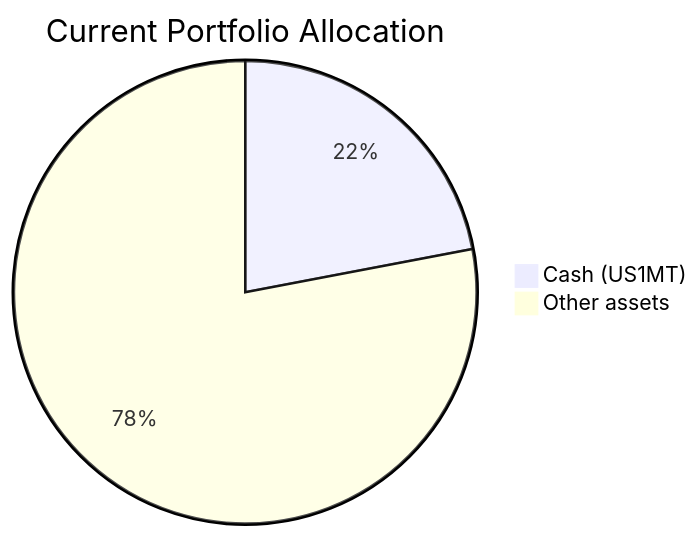
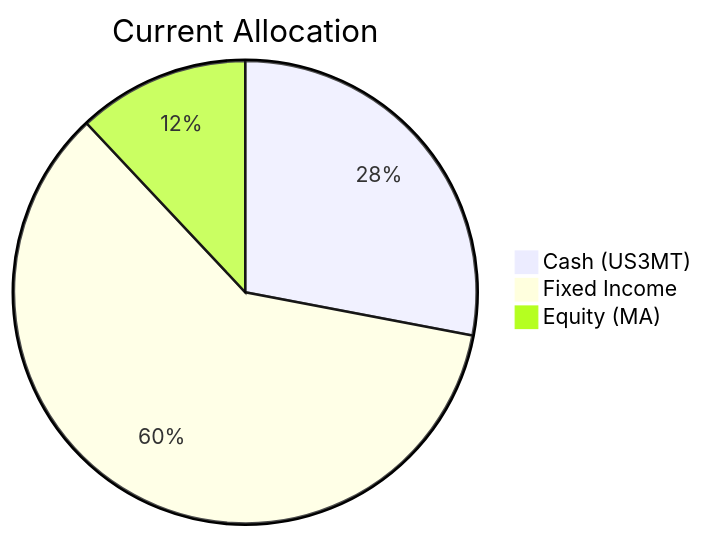
One commit to roger249/Bot-collaboration changed the fifth of 20 diagrams in docs/sample outputs/product_investor_matching-deepseek-v4-flash.md. Above: the diagram before and after it, drawn with Mermaid. The commit also changed other lines of this file and 20 other files, not shown here.

````diff
--- a/docs/sample outputs/product_investor_matching-deepseek-v4-flash.md
+++ b/docs/sample outputs/product_investor_matching-deepseek-v4-flash.md
@@ -130,5 +109,6 @@
 ```mermaid
-pie title Current Portfolio Allocation
-    "Cash (US1MT)" : 22
-    "Other assets" : 78
+pie title Current Allocation
+    "Cash (US3MT)" : 28.0
+    "Fixed Income" : 60.0
+    "Equity (MA)" : 12.0
 ```
````
